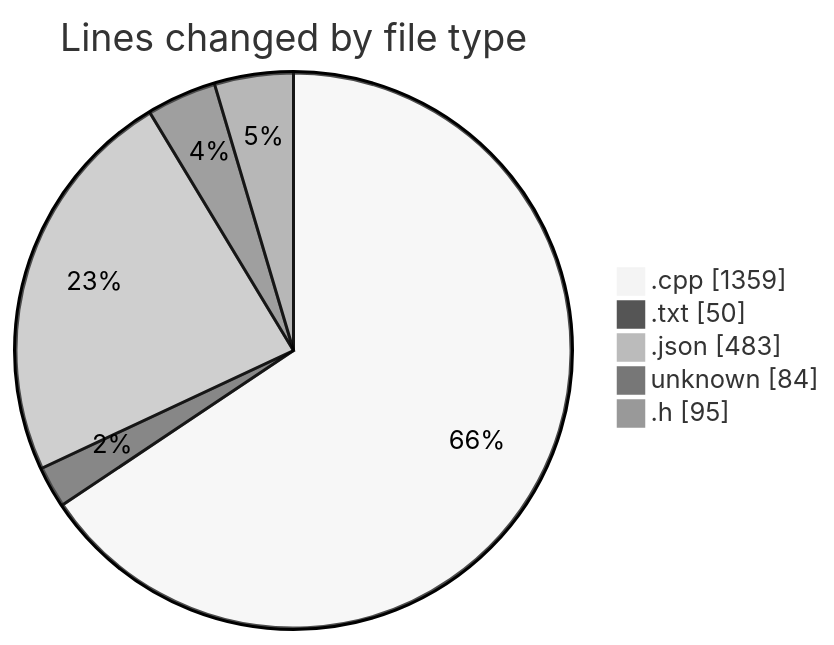
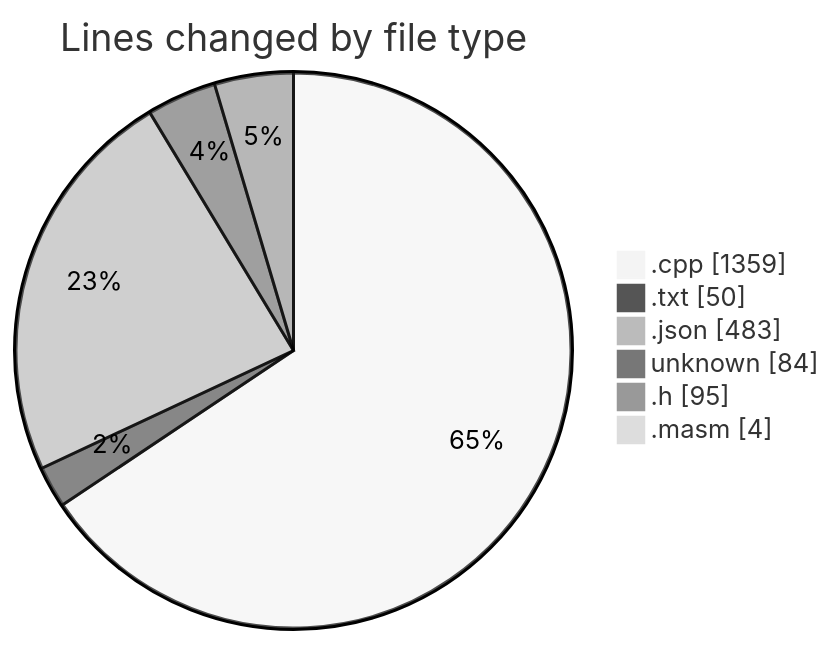
One commit to charlie-sans/code-tracking changed the first of 2 diagrams in 2025-04-28/c-masm/README.md. Above: the diagram before and after it, drawn with Mermaid (neutral theme). The commit also changed other lines of this file and 1 other file, not shown here.

````diff
--- a/2025-04-28/c-masm/README.md
+++ b/2025-04-28/c-masm/README.md
@@ -27,9 +28,10 @@
 ```mermaid
 pie showData
 title Lines changed by file type
 ".cpp" : 1359
 ".txt" : 50
 ".json" : 483
 "unknown" : 84
 ".h" : 95
+".masm" : 4
 ```
````
